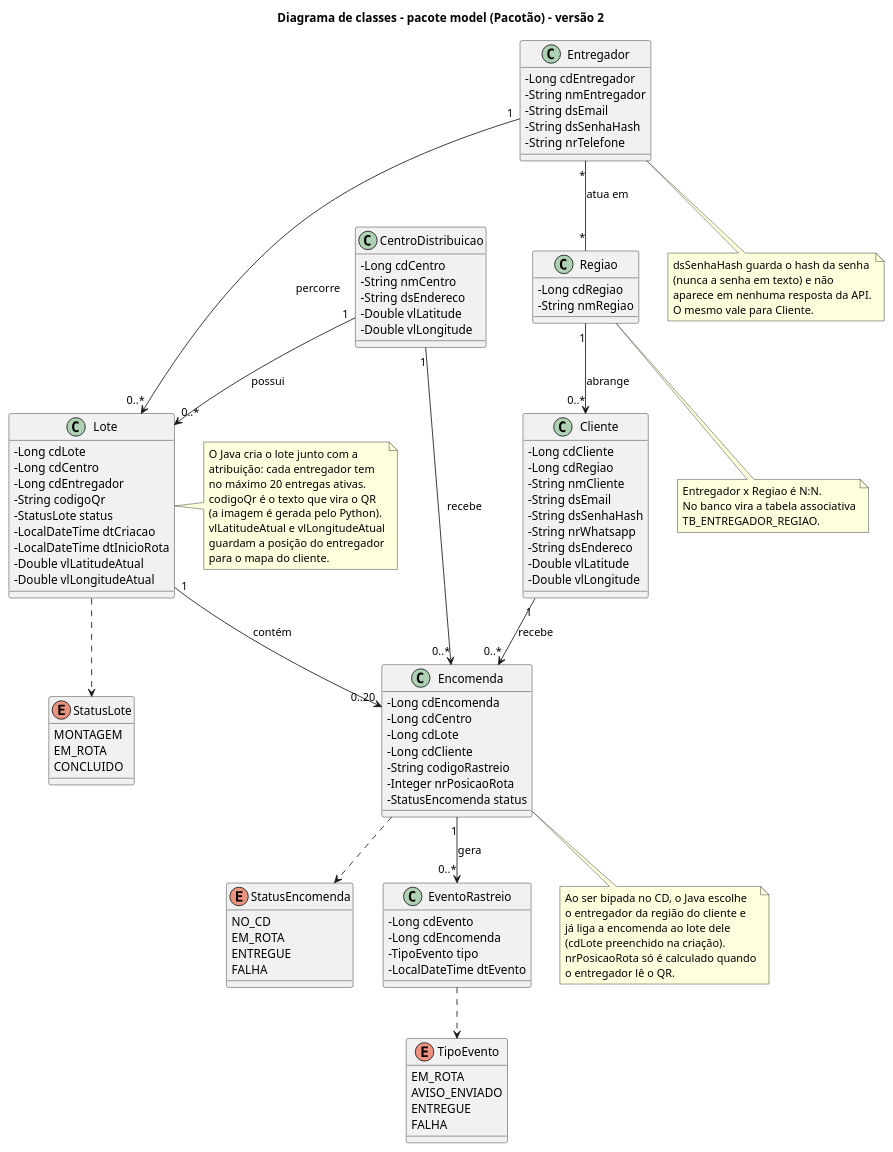
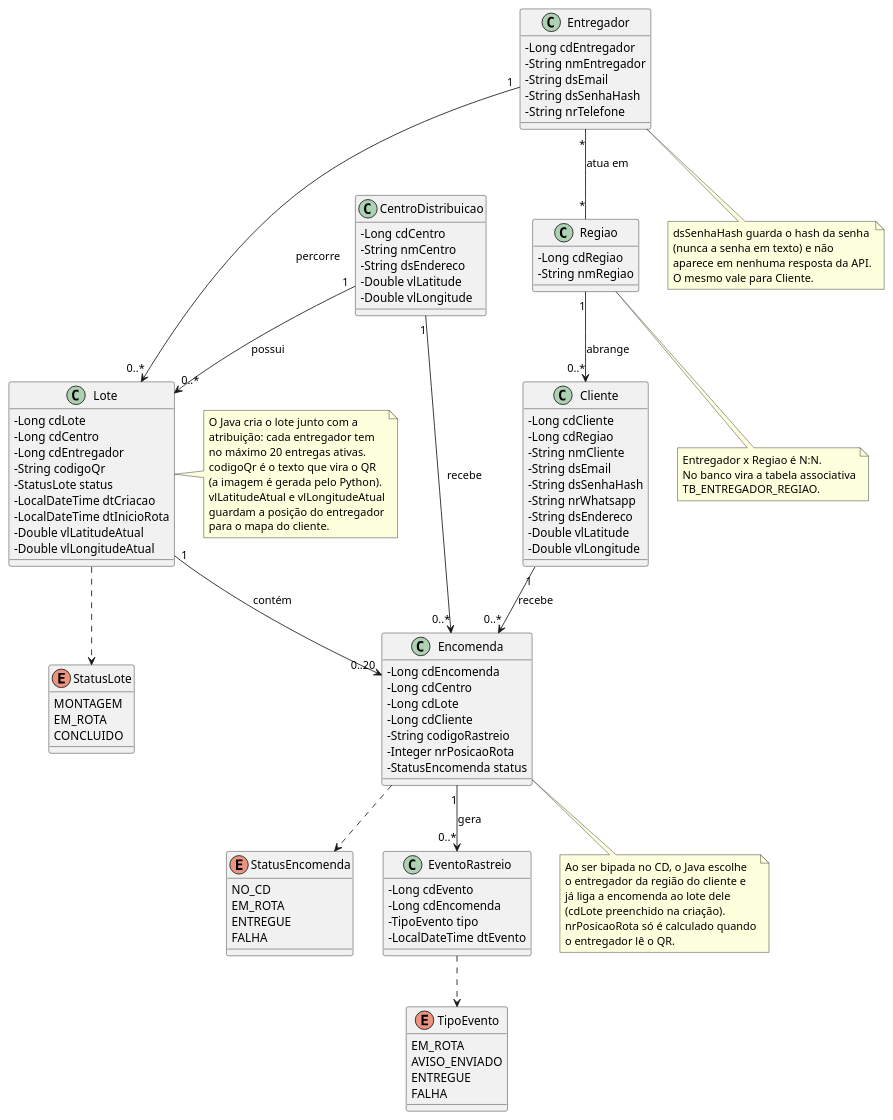
Before and after one commit to kkuras/Vem-ai-_GS: the diagram in diagrama-classes.puml, drawn with PlantUML.

Commit message:
atualizando diagrama

```diff
--- a/diagrama-classes.puml
+++ b/diagrama-classes.puml
@@ -1,141 +1,136 @@
 @startuml
-title Diagrama de classes - pacote model (Pacotão) - versão 2
 
 skinparam classAttributeIconSize 0
 skinparam shadowing false
 
-' ===== Enums =====
 enum StatusLote {
   MONTAGEM
   EM_ROTA
   CONCLUIDO
 }
 
 enum StatusEncomenda {
   NO_CD
   EM_ROTA
   ENTREGUE
   FALHA
 }
 
 enum TipoEvento {
   EM_ROTA
   AVISO_ENVIADO
   ENTREGUE
   FALHA
 }
 
-' ===== Centro de distribuição (console Python) =====
+
 class CentroDistribuicao {
   - Long cdCentro
   - String nmCentro
   - String dsEndereco
   - Double vlLatitude
   - Double vlLongitude
 }
 
 class Regiao {
   - Long cdRegiao
   - String nmRegiao
 }
 
-' ===== Área do entregador (com login) =====
+
 class Entregador {
   - Long cdEntregador
   - String nmEntregador
   - String dsEmail
   - String dsSenhaHash
   - String nrTelefone
 }
 
 class Lote {
   - Long cdLote
   - Long cdCentro
   - Long cdEntregador
   - String codigoQr
   - StatusLote status
   - LocalDateTime dtCriacao
   - LocalDateTime dtInicioRota
   - Double vlLatitudeAtual
   - Double vlLongitudeAtual
 }
 
-' ===== Área do cliente (com login) =====
 class Cliente {
   - Long cdCliente
   - Long cdRegiao
   - String nmCliente
   - String dsEmail
   - String dsSenhaHash
   - String nrWhatsapp
   - String dsEndereco
   - Double vlLatitude
   - Double vlLongitude
 }
 
 class Encomenda {
   - Long cdEncomenda
   - Long cdCentro
   - Long cdLote
   - Long cdCliente
   - String codigoRastreio
   - Integer nrPosicaoRota
   - StatusEncomenda status
 }
 
 class EventoRastreio {
   - Long cdEvento
   - Long cdEncomenda
   - TipoEvento tipo
   - LocalDateTime dtEvento
 }
 
-' ===== Relacionamentos =====
 CentroDistribuicao "1" --> "0..*" Lote : possui
 CentroDistribuicao "1" --> "0..*" Encomenda : recebe
 Regiao "1" --> "0..*" Cliente : abrange
 Entregador "*" -- "*" Regiao : atua em
 Entregador "1" --> "0..*" Lote : percorre
 Lote "1" --> "0..20" Encomenda : contém
 Cliente "1" --> "0..*" Encomenda : recebe
 Encomenda "1" --> "0..*" EventoRastreio : gera
 
 Lote ..> StatusLote
 Encomenda ..> StatusEncomenda
 EventoRastreio ..> TipoEvento
 
-' ===== Notas =====
 note right of Lote
   O Java cria o lote junto com a
   atribuição: cada entregador tem
   no máximo 20 entregas ativas.
   codigoQr é o texto que vira o QR
   (a imagem é gerada pelo Python).
   vlLatitudeAtual e vlLongitudeAtual
   guardam a posição do entregador
   para o mapa do cliente.
 end note
 
 note bottom of Encomenda
   Ao ser bipada no CD, o Java escolhe
   o entregador da região do cliente e
   já liga a encomenda ao lote dele
   (cdLote preenchido na criação).
   nrPosicaoRota só é calculado quando
   o entregador lê o QR.
 end note
 
 note bottom of Entregador
   dsSenhaHash guarda o hash da senha
   (nunca a senha em texto) e não
   aparece em nenhuma resposta da API.
   O mesmo vale para Cliente.
 end note
 
 note bottom of Regiao
   Entregador x Regiao é N:N.
   No banco vira a tabela associativa
   TB_ENTREGADOR_REGIAO.
 end note
 
 @enduml
```
